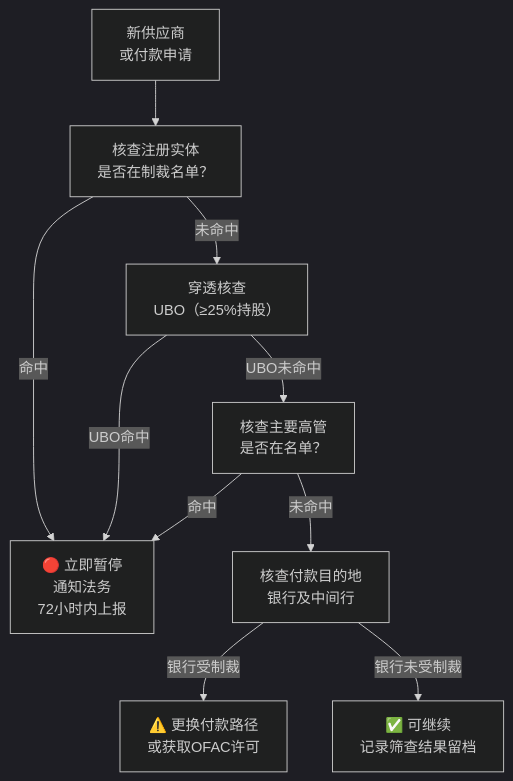
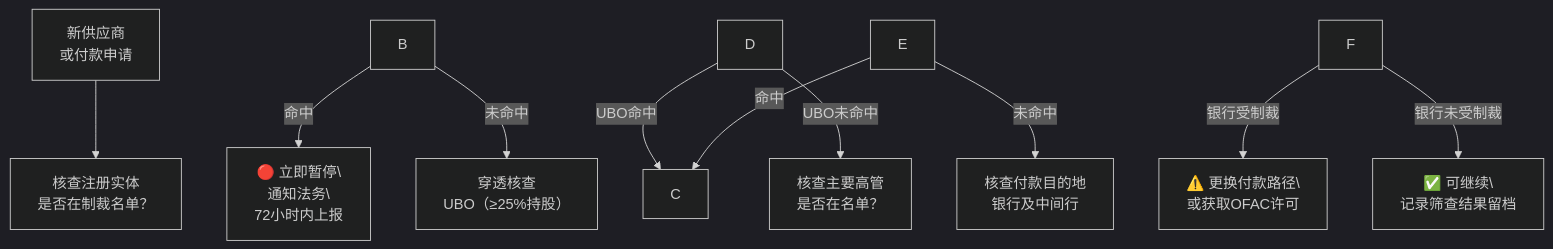
One commit to ddg-cn/ddg-site changed the third of 6 diagrams in docs/zh/ethics-guide.md. Above: the diagram before and after it, drawn with Mermaid (dark theme). The commit also changed other lines of this file and 13 other files, not shown here.

````diff
--- a/docs/zh/ethics-guide.md
+++ b/docs/zh/ethics-guide.md
@@ -295,12 +301,12 @@
 ```mermaid
 flowchart TD
-    A[新供应商<br/>或付款申请] --> B[核查注册实体<br/>是否在制裁名单？]
-    B -->|命中| C["🔴 立即暂停\n通知法务\n72小时内上报"]
-    B -->|未命中| D[穿透核查<br/>UBO（≥25%持股）]
+    A\[新供应商<br/>或付款申请] --> B\[核查注册实体<br/>是否在制裁名单？]
+    B -->|命中| C\["🔴 立即暂停\\n通知法务\\n72小时内上报"]
+    B -->|未命中| D\[穿透核查<br/>UBO（≥25%持股）]
     D -->|UBO命中| C
-    D -->|UBO未命中| E[核查主要高管<br/>是否在名单？]
+    D -->|UBO未命中| E\[核查主要高管<br/>是否在名单？]
     E -->|命中| C
-    E -->|未命中| F[核查付款目的地<br/>银行及中间行]
-    F -->|银行受制裁| G["⚠️ 更换付款路径\n或获取OFAC许可"]
-    F -->|银行未受制裁| H["✅ 可继续\n记录筛查结果留档"]
+    E -->|未命中| F\[核查付款目的地<br/>银行及中间行]
+    F -->|银行受制裁| G\["⚠️ 更换付款路径\\n或获取OFAC许可"]
+    F -->|银行未受制裁| H\["✅ 可继续\\n记录筛查结果留档"]
 ```
````
